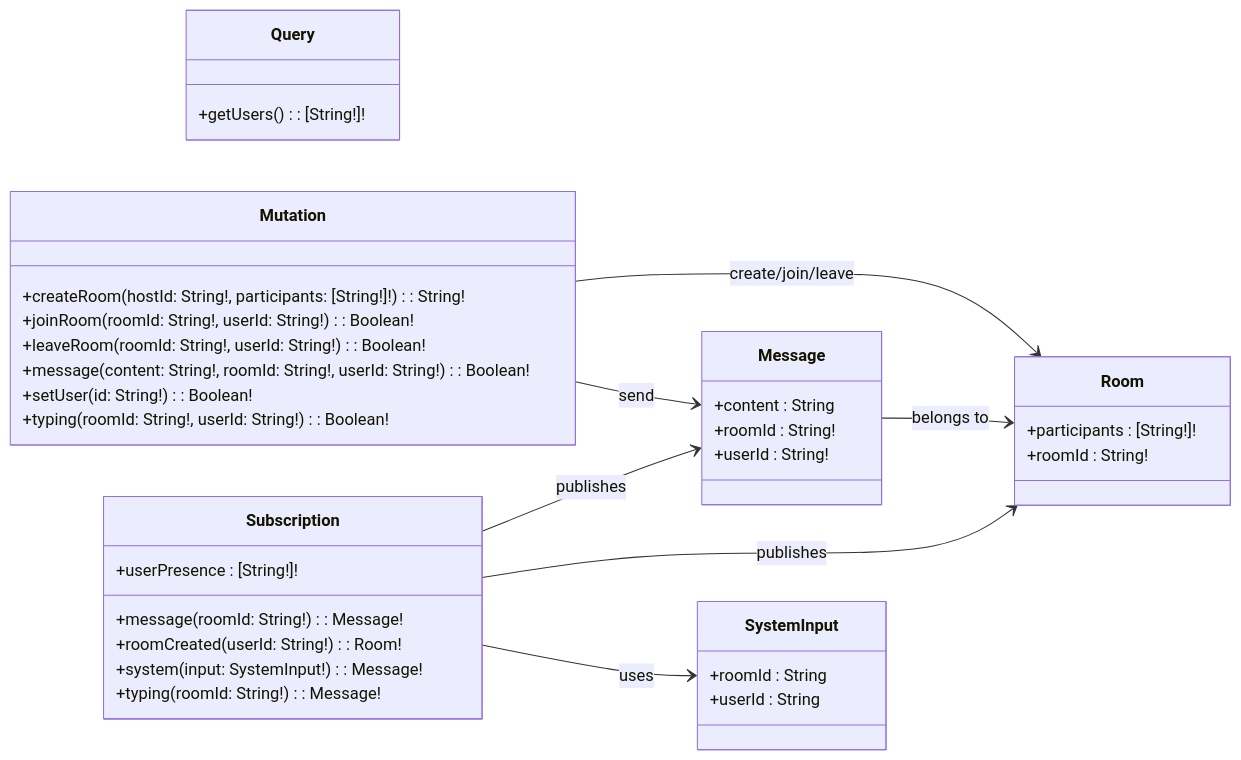
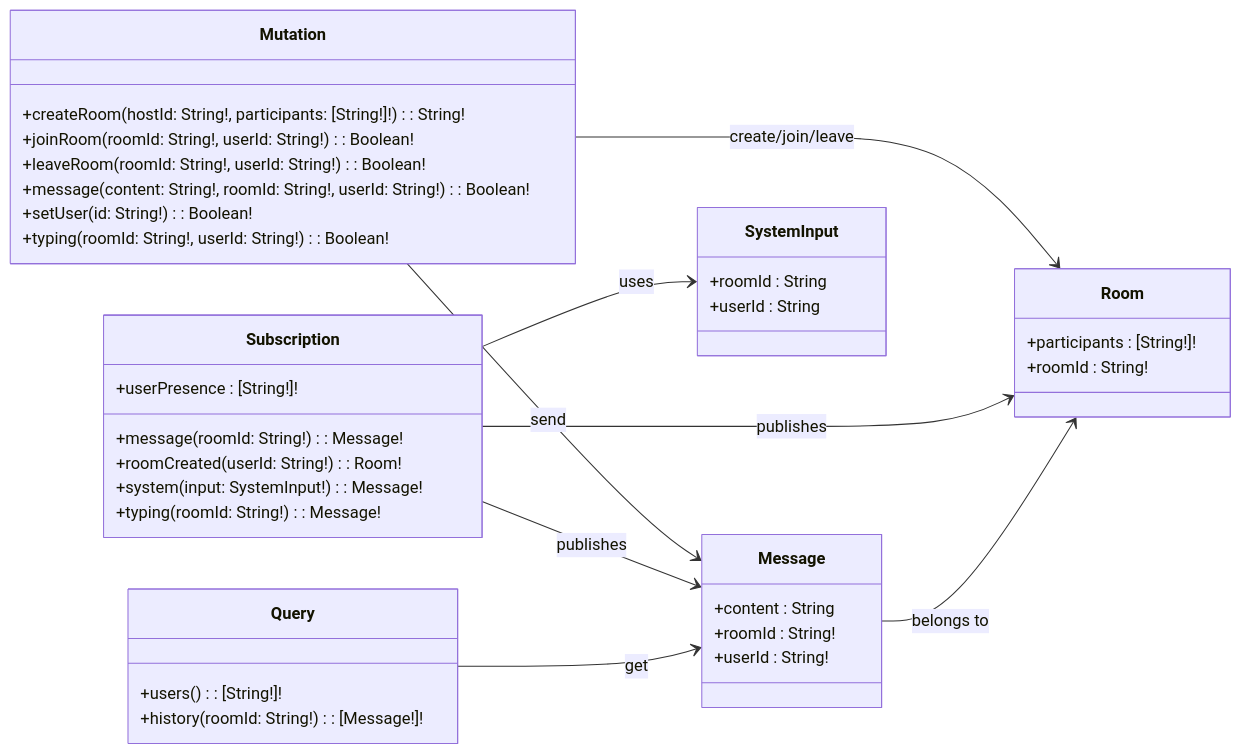
One commit to NarciSource/Chat-GraphQL changed the second of 2 diagrams in README.md. Above: the diagram before and after it, drawn with Mermaid. The commit also changed other lines of this file, not shown here.

````diff
--- a/README.md
+++ b/README.md
@@ -141,49 +154,51 @@
 ```mermaid
 classDiagram
   direction LR
 
   class Message {
     +content : String
     +roomId : String!
     +userId : String!
   }
 
   class Room {
     +participants : [String!]!
     +roomId : String!
   }
 
   class SystemInput {
     +roomId : String
     +userId : String
   }
 
   class Query {
-    +getUsers() : [String!]!
+    +users() : [String!]!
+    +history(roomId: String!) : [Message!]!
   }
 
   class Mutation {
     +createRoom(hostId: String!, participants: [String!]!) : String!
     +joinRoom(roomId: String!, userId: String!) : Boolean!
     +leaveRoom(roomId: String!, userId: String!) : Boolean!
     +message(content: String!, roomId: String!, userId: String!) : Boolean!
     +setUser(id: String!) : Boolean!
     +typing(roomId: String!, userId: String!) : Boolean!
   }
 
   class Subscription {
     +message(roomId: String!) : Message!
     +roomCreated(userId: String!) : Room!
     +system(input: SystemInput!) : Message!
     +typing(roomId: String!) : Message!
     +userPresence : [String!]!
   }
 
   %% 관계
   Mutation --> Room : create/join/leave
   Mutation --> Message : send
   Subscription --> Message : publishes
   Subscription --> Room : publishes
   Subscription --> SystemInput : uses
   Message --> Room : belongs to
+  Query --> Message : get
 ```
````
